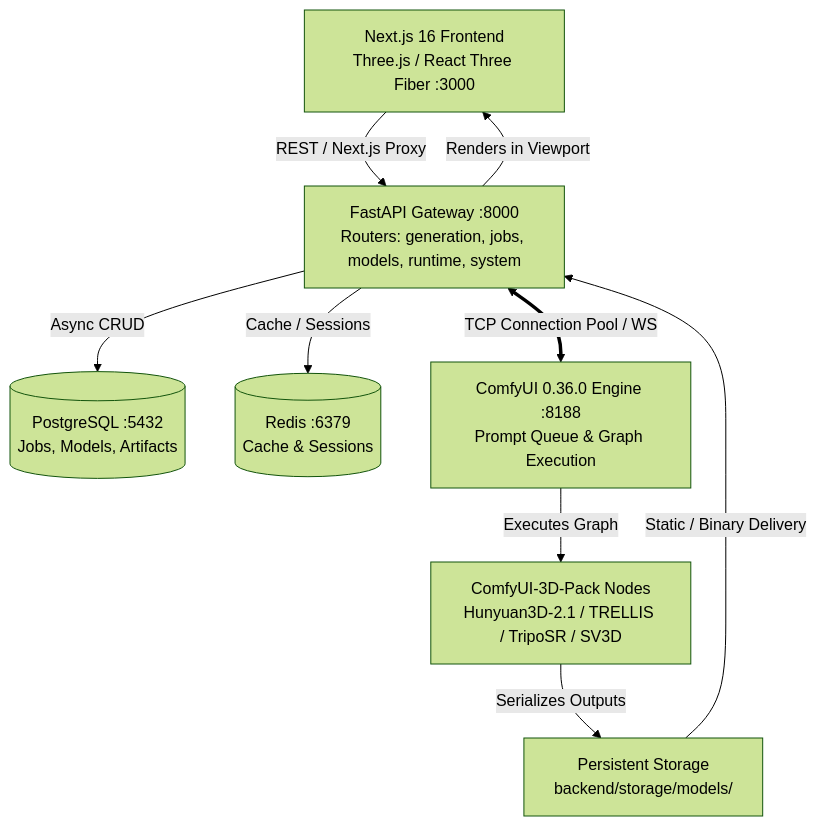
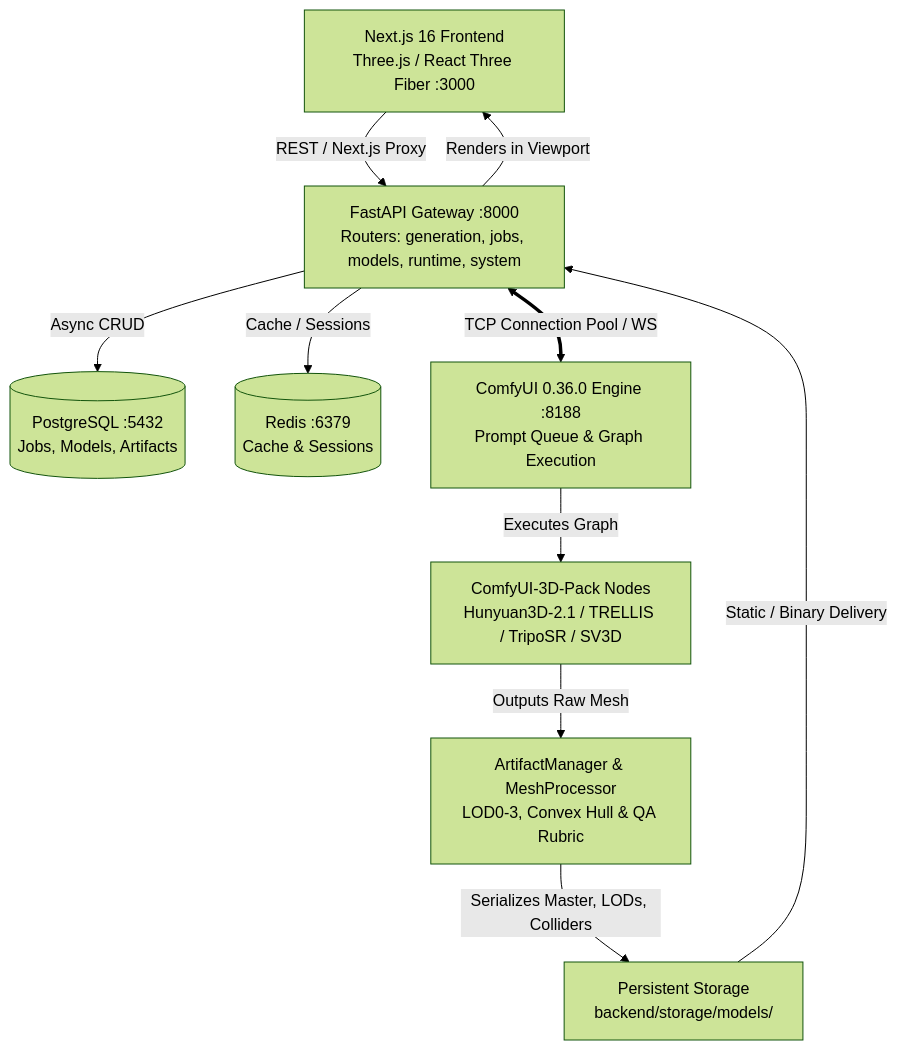
The first of 2 diagrams in Docs/SYSTEM-BLUEPRINT.md (Silentzx2/AI_Studio), drawn with Mermaid (forest theme) before and after one commit. The commit also changed other lines of this file and 7 other files, not shown here.

Commit message:
fix(build,docs): auto-link CUDA 12.4 dev headers, enforce Ninja parallelism, and correct architecture flowcharts

````diff
--- a/Docs/SYSTEM-BLUEPRINT.md
+++ b/Docs/SYSTEM-BLUEPRINT.md
@@ -21,19 +21,21 @@
 ```mermaid
 graph TD
     UI["Next.js 16 Frontend<br/>Three.js / React Three Fiber :3000"]
     API["FastAPI Gateway :8000<br/>Routers: generation, jobs, models, runtime, system"]
     PG[("PostgreSQL :5432<br/>Jobs, Models, Artifacts")]
     REDIS[("Redis :6379<br/>Cache & Sessions")]
     COMFY["ComfyUI 0.36.0 Engine :8188<br/>Prompt Queue & Graph Execution"]
     PACK["ComfyUI-3D-Pack Nodes<br/>Hunyuan3D-2.1 / TRELLIS / TripoSR / SV3D"]
+    PROC["ArtifactManager & MeshProcessor<br/>LOD0-3, Convex Hull & QA Rubric"]
     STORAGE["Persistent Storage<br/>backend/storage/models/<job_id>"]
 
     UI -->|REST / Next.js Proxy| API
     API -->|Async CRUD| PG
     API -->|Cache / Sessions| REDIS
     API <==>|TCP Connection Pool / WS| COMFY
     COMFY -->|Executes Graph| PACK
-    PACK -->|Serializes Outputs| STORAGE
+    PACK -->|Outputs Raw Mesh| PROC
+    PROC -->|Serializes Master, LODs, Colliders| STORAGE
     STORAGE -->|Static / Binary Delivery| API
     API -->|Renders in Viewport| UI
 ```
````
